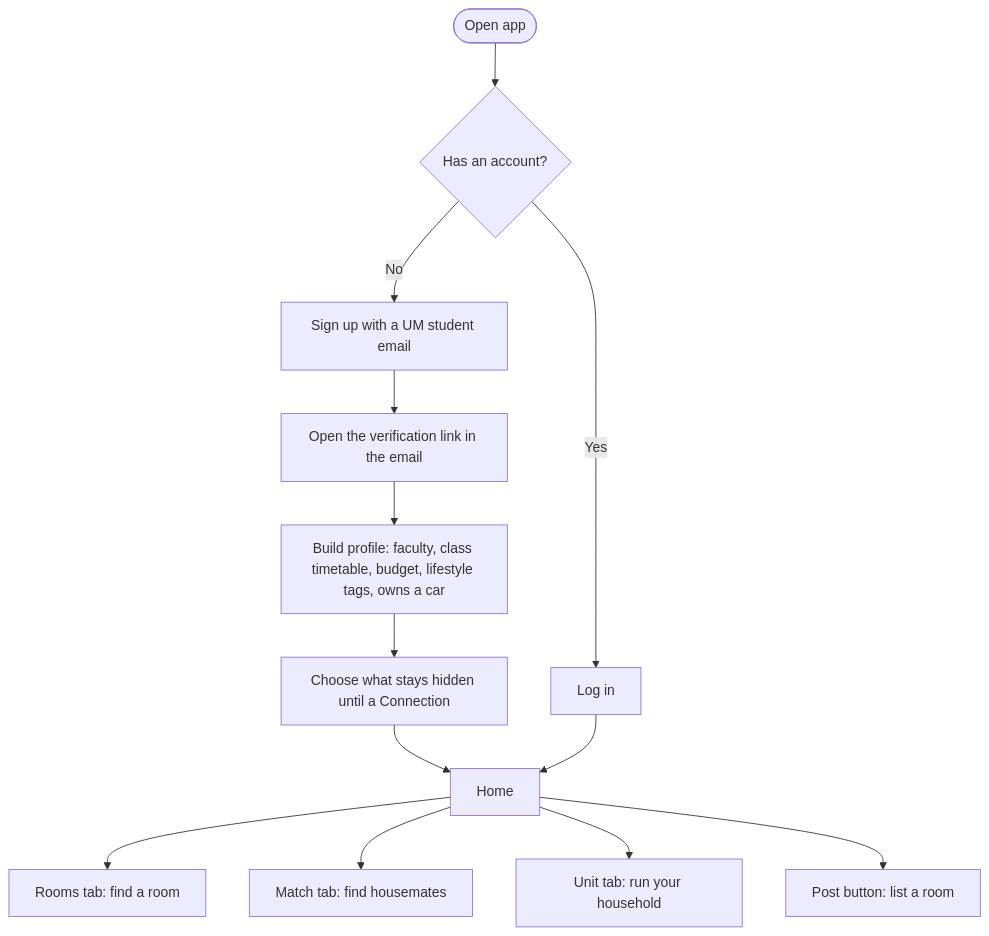
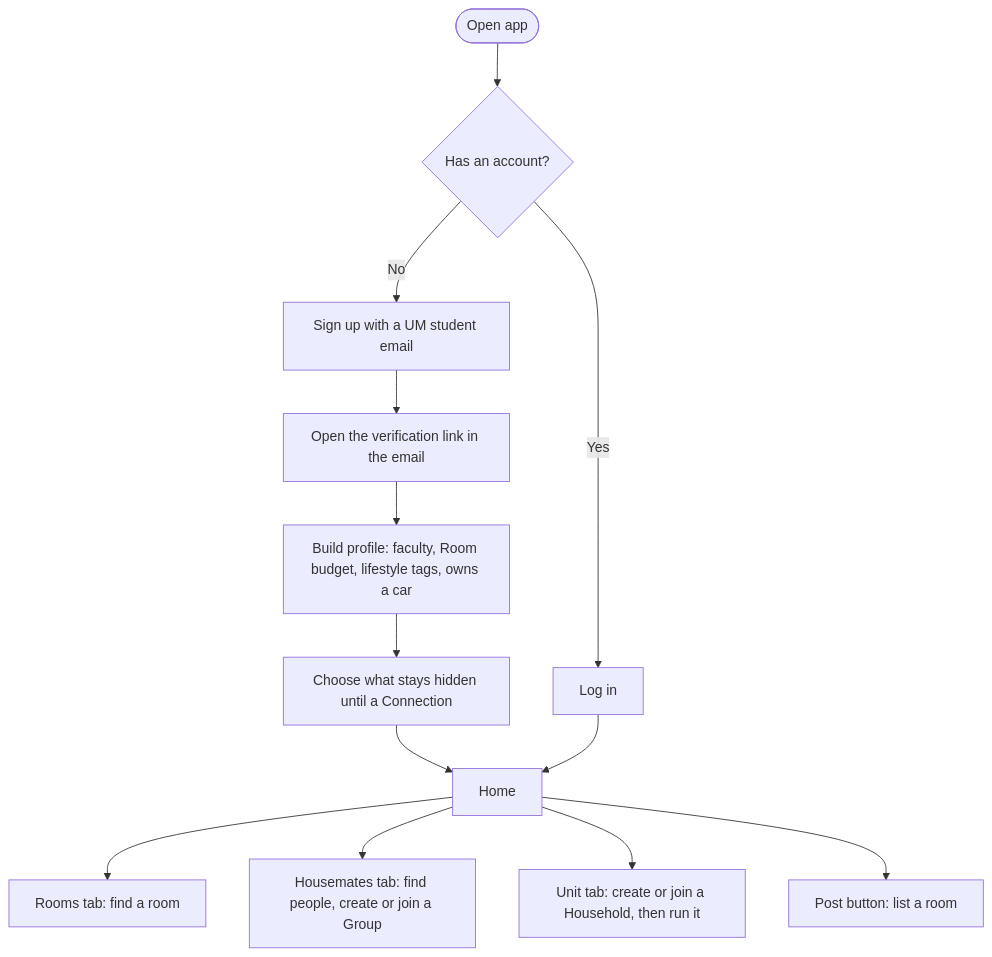
One commit to abqaryne/jiran changed the first of 8 diagrams in docs/product/USER-FLOW.md. Above: the diagram before and after it, drawn with Mermaid. The commit also changed other lines of this file and 54 other files, not shown here.

````diff
--- a/docs/product/USER-FLOW.md
+++ b/docs/product/USER-FLOW.md
@@ -9,15 +9,15 @@
 ```mermaid
 flowchart TD
     A(["Open app"]) --> B{"Has an account?"}
     B -- "No" --> C["Sign up with a UM student email"]
     C --> D["Open the verification link in the email"]
-    D --> E["Build profile: faculty, class timetable, budget, lifestyle tags, owns a car"]
+    D --> E["Build profile: faculty, Room budget, lifestyle tags, owns a car"]
     E --> F["Choose what stays hidden until a Connection"]
     F --> G["Home"]
     B -- "Yes" --> H["Log in"]
     H --> G
     G --> I["Rooms tab: find a room"]
-    G --> J["Match tab: find housemates"]
-    G --> K["Unit tab: run your household"]
+    G --> J["Housemates tab: find people, create or join a Group"]
+    G --> K["Unit tab: create or join a Household, then run it"]
     G --> L["Post button: list a room"]
 ```
````
